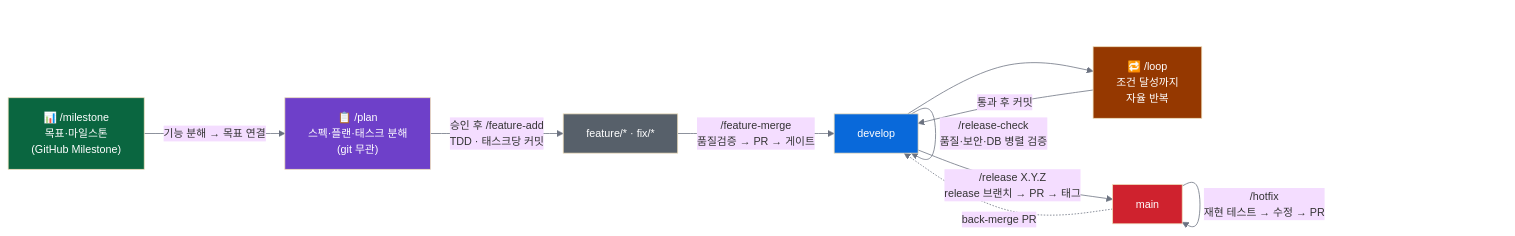
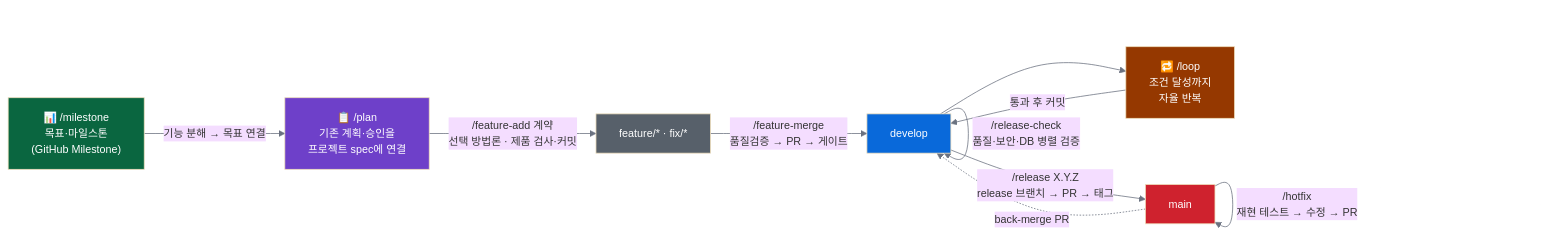
The second of 2 diagrams in README.md (grinvi04/team-harness), drawn with Mermaid before and after one commit. The commit also changed other lines of this file and 4 other files, not shown here.

````diff
--- a/README.md
+++ b/README.md
@@ -172,27 +167,27 @@
 ```mermaid
 %%{init: {'theme': 'base', 'themeVariables': {'lineColor': '#6b7280', 'background': '#f8fafc', 'mainBkg': '#f8fafc', 'fontSize': '14px'}}}%%
 flowchart LR
     G["📊 /milestone<br/>목표·마일스톤<br/>(GitHub Milestone)"]
-    P["📋 /plan<br/>스펙·플랜·태스크 분해<br/>(git 무관)"]
+    P["📋 /plan<br/>기존 계획·승인을<br/>프로젝트 spec에 연결"]
     F["feature/* · fix/*"]
     D[develop]
     M[main]
     L["🔁 /loop<br/>조건 달성까지<br/>자율 반복"]
 
     G -->|"기능 분해 → 목표 연결"| P
-    P -->|"승인 후 /feature-add<br/>TDD · 태스크당 커밋"| F
+    P -->|"/feature-add 계약<br/>선택 방법론 · 제품 검사·커밋"| F
     F -->|"/feature-merge<br/>품질검증 → PR → 게이트"| D
     D --> L
     L -->|"통과 후 커밋"| D
     D -->|"/release-check<br/>품질·보안·DB 병렬 검증"| D
     D -->|"/release X.Y.Z<br/>release 브랜치 → PR → 태그"| M
     M -.->|back-merge PR| D
     M -->|"/hotfix<br/>재현 테스트 → 수정 → PR"| M
 
     style M fill:#cf222e,color:#fff
     style D fill:#0969da,color:#fff
     style F fill:#57606a,color:#fff
     style P fill:#6e40c9,color:#fff
     style G fill:#0a6640,color:#fff
     style L fill:#953800,color:#fff
 ```
````
